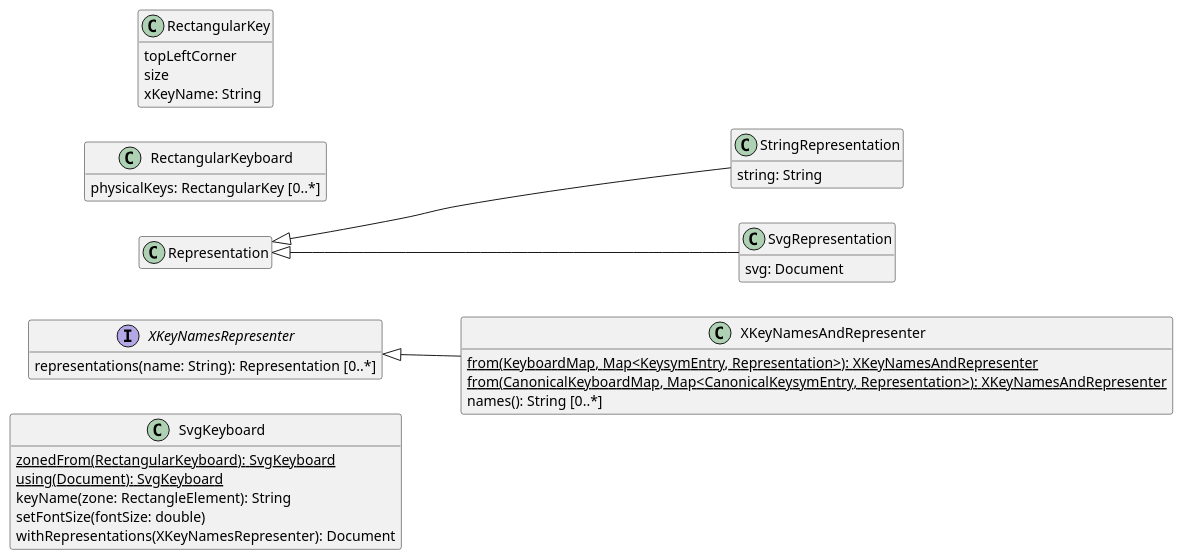
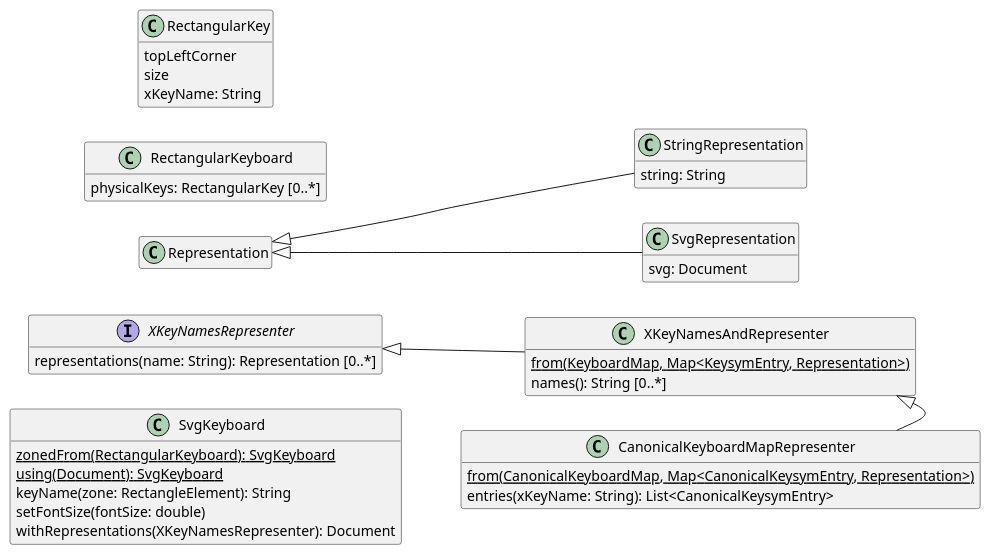
Before and after one commit to oliviercailloux/Keyboardd: the diagram in Representable.wsd, drawn with PlantUML. The commit also changed 7 other files, not shown here.

```diff
--- a/Representable.wsd
+++ b/Representable.wsd
@@ -1,48 +1,54 @@
 @startuml Representable
 hide empty members
 left to right direction
 
 class "Representation" {
 }
 class "StringRepresentation" {
   string: String
 }
 class "SvgRepresentation" {
   svg: Document
 }
 "Representation" <|-- "StringRepresentation"
 "Representation" <|-- "SvgRepresentation"
 
 interface "XKeyNamesRepresenter" {
   representations(name: String): Representation [0..*]
 }
 
 class "XKeyNamesAndRepresenter" {
-  {static} from(KeyboardMap, Map<KeysymEntry, Representation>): XKeyNamesAndRepresenter
-  {static} from(CanonicalKeyboardMap, Map<CanonicalKeysymEntry, Representation>): XKeyNamesAndRepresenter
+  {static} from(KeyboardMap, Map<KeysymEntry, Representation>)
   names(): String [0..*]
 }
 "XKeyNamesRepresenter" <|-- "XKeyNamesAndRepresenter"
+
+class "CanonicalKeyboardMapRepresenter" {
+  {static} from(CanonicalKeyboardMap, Map<CanonicalKeysymEntry, Representation>)
+  entries(xKeyName: String): List<CanonicalKeysymEntry>
+}
+"XKeyNamesAndRepresenter" <|-- "CanonicalKeyboardMapRepresenter"
 
 class "RectangularKey" {
   topLeftCorner
   size
   xKeyName: String
 }
 
 class "RectangularKeyboard" {
   physicalKeys: RectangularKey [0..*]
 }
 
 class "SvgKeyboard" {
   {static} zonedFrom(RectangularKeyboard): SvgKeyboard
   {static} using(Document): SvgKeyboard
   keyName(zone: RectangleElement): String
   setFontSize(fontSize: double)
   withRepresentations(XKeyNamesRepresenter): Document
 }
 
 "RectangularKeyboard" -[hidden]> "Representation"
 "Representation" -[hidden]> "XKeyNamesRepresenter"
 "XKeyNamesRepresenter" -[hidden]> "SvgKeyboard"
+"XKeyNamesAndRepresenter" -[hidden]> "CanonicalKeyboardMapRepresenter"
 @enduml
```
